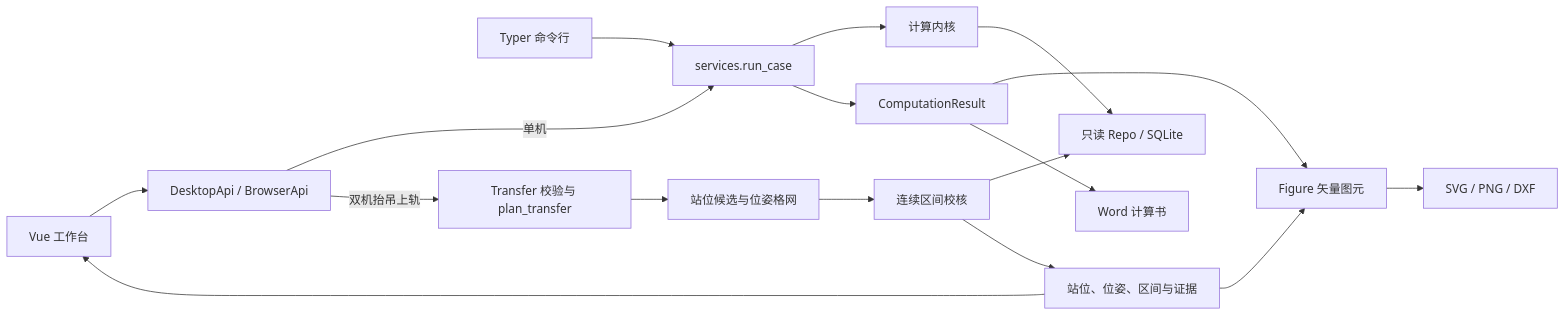
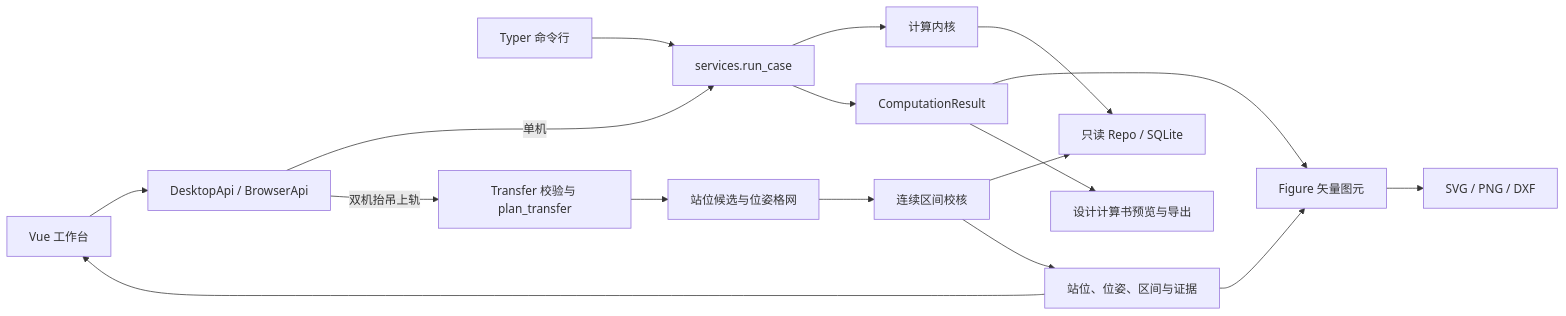
The diagram in README.md (TaoruiLiu19/liftcalc), drawn with Mermaid before and after one commit. The commit also changed other lines of this file and 26 other files, not shown here.

````diff
--- a/README.md
+++ b/README.md
@@ -167,19 +171,19 @@
 ```mermaid
 flowchart LR
     UI["Vue 工作台"] --> Bridge["DesktopApi / BrowserApi"]
     CLI["Typer 命令行"] --> Service["services.run_case"]
     Bridge -->|单机| Service
     Bridge -->|双机抬吊上轨| Transfer["Transfer 校验与 plan_transfer"]
     Service --> Kernel["计算内核"]
     Transfer --> Search["站位候选与位姿格网"]
     Search --> Analyze["连续区间校核"]
     Kernel --> Repo["只读 Repo / SQLite"]
     Analyze --> Repo
     Service --> Result["ComputationResult"]
     Analyze --> Route["站位、位姿、区间与证据"]
     Result --> Draw["Figure 矢量图元"]
     Route --> Draw
     Draw --> Files["SVG / PNG / DXF"]
-    Result --> Report["Word 计算书"]
+    Result --> Report["设计计算书预览与导出"]
     Route --> UI
 ```
````
